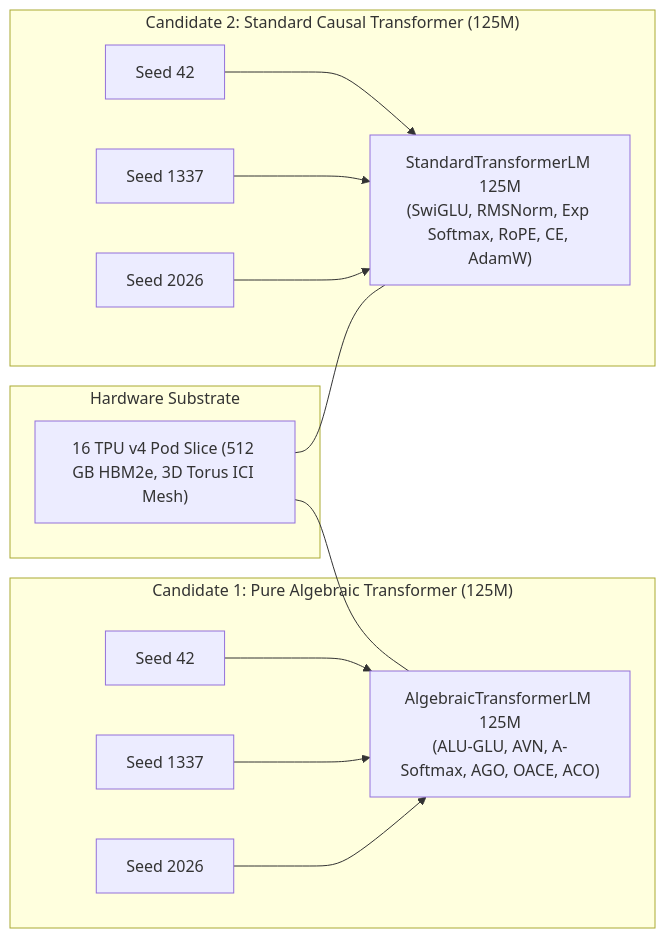
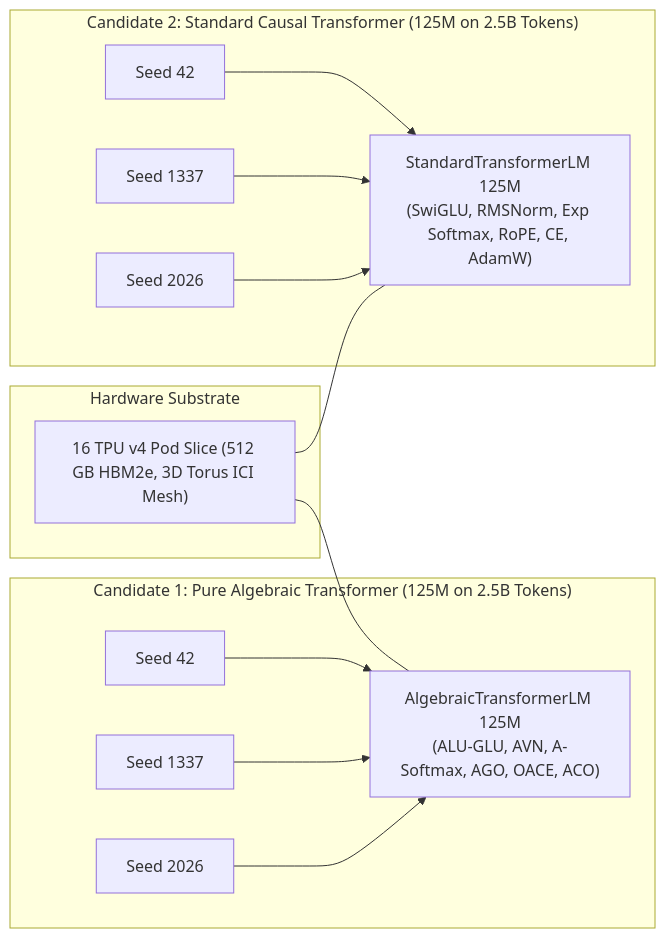
The diagram in phases/phase8.md (tasmaikeni13/algebraic-intelligence), drawn with Mermaid before and after one commit. The commit also changed other lines of this file and 6 other files, not shown here.

````diff
--- a/phases/phase8.md
+++ b/phases/phase8.md
@@ -22,23 +22,23 @@
 ```mermaid
 graph LR
     subgraph "Hardware Substrate"
         TPU["16 TPU v4 Pod Slice (512 GB HBM2e, 3D Torus ICI Mesh)"]
     end
 
-    subgraph "Candidate 1: Pure Algebraic Transformer (125M)"
+    subgraph "Candidate 1: Pure Algebraic Transformer (125M on 2.5B Tokens)"
         M1["AlgebraicTransformerLM 125M<br/>(ALU-GLU, AVN, A-Softmax, AGO, OACE, ACO)"]
         S1a["Seed 42"] --> M1
         S1b["Seed 1337"] --> M1
         S1c["Seed 2026"] --> M1
     end
 
-    subgraph "Candidate 2: Standard Causal Transformer (125M)"
+    subgraph "Candidate 2: Standard Causal Transformer (125M on 2.5B Tokens)"
         M2["StandardTransformerLM 125M<br/>(SwiGLU, RMSNorm, Exp Softmax, RoPE, CE, AdamW)"]
         S2a["Seed 42"] --> M2
         S2b["Seed 1337"] --> M2
         S2c["Seed 2026"] --> M2
     end
 
     TPU --- M1
     TPU --- M2
 ```
````
